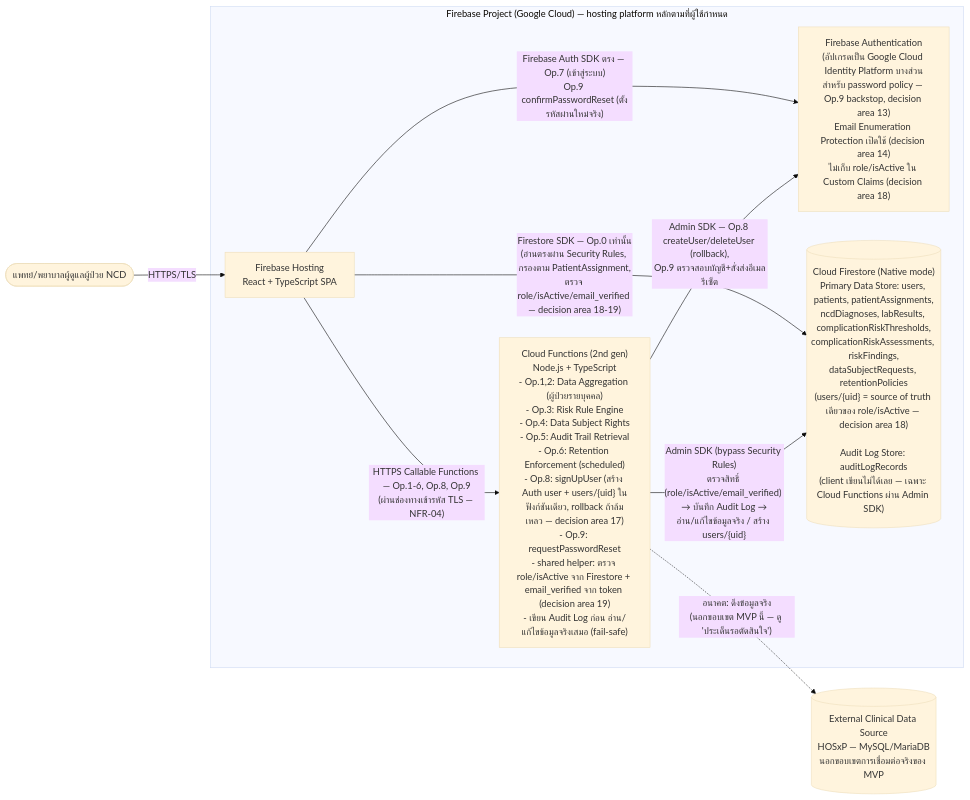
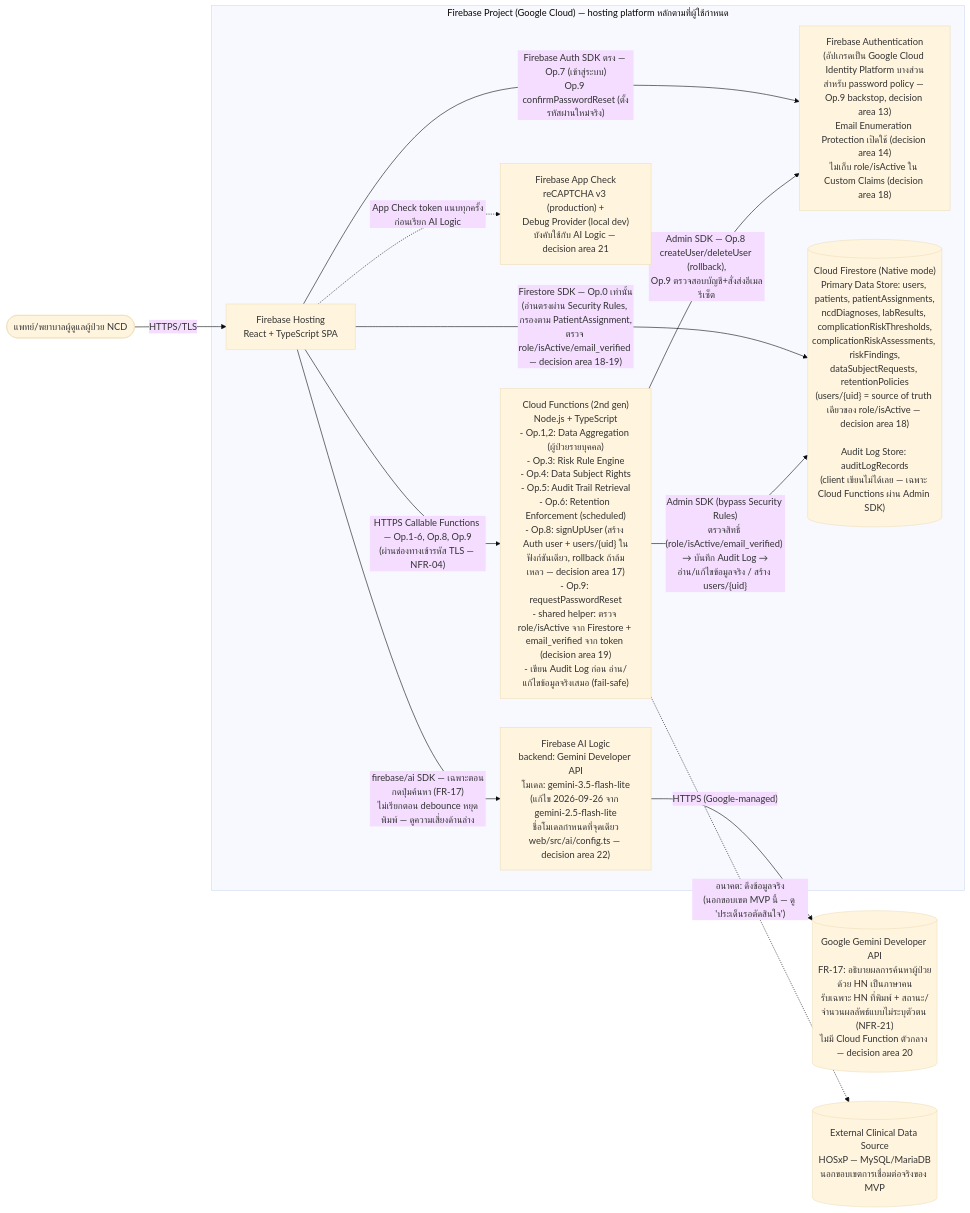
One commit to fadtypat/track-ncds changed the diagram in docs/02-design/02-technical/technology-stack.md. Above: the diagram before and after it, drawn with Mermaid (base theme). The commit also changed other lines of this file and 21 other files, not shown here.

````diff
--- a/docs/02-design/02-technical/technology-stack.md
+++ b/docs/02-design/02-technical/technology-stack.md
@@ -614,21 +765,28 @@
 ```mermaid
 flowchart LR
     User(["แพทย์/พยาบาลผู้ดูแลผู้ป่วย NCD"])
 
     subgraph Firebase["Firebase Project (Google Cloud) — hosting platform หลักตามที่ผู้ใช้กำหนด"]
         Hosting["Firebase Hosting\nReact + TypeScript SPA"]
         Auth["Firebase Authentication\n(อัปเกรดเป็น Google Cloud Identity Platform บางส่วน\nสำหรับ password policy — Op.9 backstop, decision area 13)\nEmail Enumeration Protection เปิดใช้ (decision area 14)\nไม่เก็บ role/isActive ใน Custom Claims (decision area 18)"]
         Functions["Cloud Functions (2nd gen)\nNode.js + TypeScript\n- Op.1,2: Data Aggregation (ผู้ป่วยรายบุคคล)\n- Op.3: Risk Rule Engine\n- Op.4: Data Subject Rights\n- Op.5: Audit Trail Retrieval\n- Op.6: Retention Enforcement (scheduled)\n- Op.8: signUpUser (สร้าง Auth user + users/{uid} ในฟังก์ชันเดียว, rollback ถ้าล้มเหลว — decision area 17)\n- Op.9: requestPasswordReset\n- shared helper: ตรวจ role/isActive จาก Firestore + email_verified จาก token (decision area 19)\n- เขียน Audit Log ก่อน อ่าน/แก้ไขข้อมูลจริงเสมอ (fail-safe)"]
         Firestore[("Cloud Firestore (Native mode)\nPrimary Data Store: users, patients, patientAssignments,\nncdDiagnoses, labResults, complicationRiskThresholds,\ncomplicationRiskAssessments, riskFindings,\ndataSubjectRequests, retentionPolicies\n(users/{uid} = source of truth เดียวของ role/isActive — decision area 18)\n\nAudit Log Store: auditLogRecords\n(client เขียนไม่ได้เลย — เฉพาะ Cloud Functions ผ่าน Admin SDK)")]
+        AppCheck["Firebase App Check\nreCAPTCHA v3 (production) +\nDebug Provider (local dev)\nบังคับใช้กับ AI Logic — decision area 21"]
+        AILogic["Firebase AI Logic\nbackend: Gemini Developer API\nโมเดล: gemini-3.5-flash-lite\n(แก้ไข 2026-09-26 จาก gemini-2.5-flash-lite\nชื่อโมเดลกำหนดที่จุดเดียว\nweb/src/ai/config.ts — decision area 22)"]
     end
+
+    GeminiAPI[("Google Gemini Developer API\nFR-17: อธิบายผลการค้นหาผู้ป่วยด้วย HN เป็นภาษาคน\nรับเฉพาะ HN ที่พิมพ์ + สถานะ/จำนวนผลลัพธ์แบบไม่ระบุตัวตน (NFR-21)\nไม่มี Cloud Function ตัวกลาง — decision area 20")]
 
     ExternalSrc[("External Clinical Data Source\nHOSxP — MySQL/MariaDB\nนอกขอบเขตการเชื่อมต่อจริงของ MVP")]
 
     User -->|HTTPS/TLS| Hosting
     Hosting -->|"Firebase Auth SDK ตรง — Op.7 (เข้าสู่ระบบ)\nOp.9 confirmPasswordReset (ตั้งรหัสผ่านใหม่จริง)"| Auth
     Hosting -->|"Firestore SDK — Op.0 เท่านั้น\n(อ่านตรงผ่าน Security Rules, กรองตาม PatientAssignment,\nตรวจ role/isActive/email_verified — decision area 18-19)"| Firestore
     Hosting -->|"HTTPS Callable Functions — Op.1-6, Op.8, Op.9\n(ผ่านช่องทางเข้ารหัส TLS — NFR-04)"| Functions
     Functions -->|"Admin SDK (bypass Security Rules)\nตรวจสิทธิ์ (role/isActive/email_verified) → บันทึก Audit Log →\nอ่าน/แก้ไขข้อมูลจริง / สร้าง users/{uid}"| Firestore
     Functions -->|"Admin SDK — Op.8 createUser/deleteUser (rollback),\nOp.9 ตรวจสอบบัญชี+สั่งส่งอีเมลรีเซ็ต"| Auth
     Functions -.->|"อนาคต: ดึงข้อมูลจริง\n(นอกขอบเขต MVP นี้ — ดู 'ประเด็นรอตัดสินใจ')"| ExternalSrc
+    Hosting -->|"firebase/ai SDK — เฉพาะตอนกดปุ่มค้นหา (FR-17)\nไม่เรียกตอน debounce หยุดพิมพ์ — ดูความเสี่ยงด้านล่าง"| AILogic
+    Hosting -.->|"App Check token แนบทุกครั้งก่อนเรียก AI Logic"| AppCheck
+    AILogic -->|"HTTPS (Google-managed)"| GeminiAPI
 ```
````
